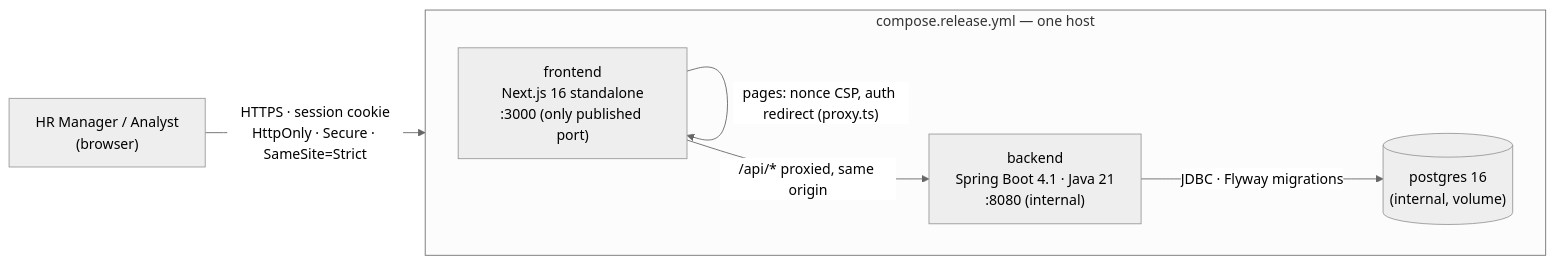
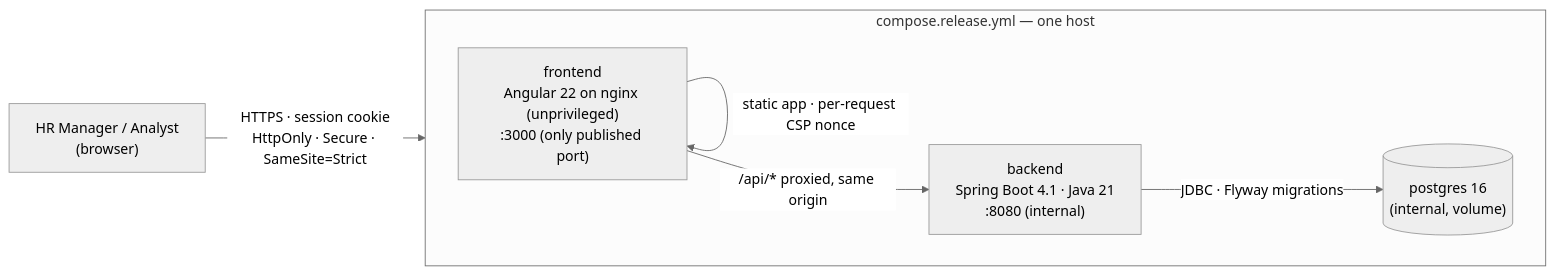
One commit to shankark6666/salary-mgmt changed the first of 7 diagrams in docs/architecture.md. Above: the diagram before and after it, drawn with Mermaid (neutral theme). The commit also changed other lines of this file and 17 other files, not shown here.

First line of the commit message:
Document the Angular UI: ADR-0007, architecture, security, release 2.0.0

````diff
--- a/docs/architecture.md
+++ b/docs/architecture.md
@@ -8,16 +8,16 @@
 ```mermaid
 flowchart LR
     hr["HR Manager / Analyst<br/>(browser)"]
 
     subgraph release["compose.release.yml — one host"]
         direction LR
-        ui["frontend<br/>Next.js 16 standalone<br/>:3000 (only published port)"]
+        ui["frontend<br/>Angular 22 on nginx (unprivileged)<br/>:3000 (only published port)"]
         api["backend<br/>Spring Boot 4.1 · Java 21<br/>:8080 (internal)"]
         db[("postgres 16<br/>(internal, volume)")]
     end
 
     hr -- "HTTPS · session cookie<br/>HttpOnly · Secure · SameSite=Strict" --> ui
-    ui -- "pages: nonce CSP, auth redirect (proxy.ts)" --> ui
+    ui -- "static app · per-request CSP nonce" --> ui
     ui -- "/api/* proxied, same origin" --> api
     api -- "JDBC · Flyway migrations" --> db
 ```
````
